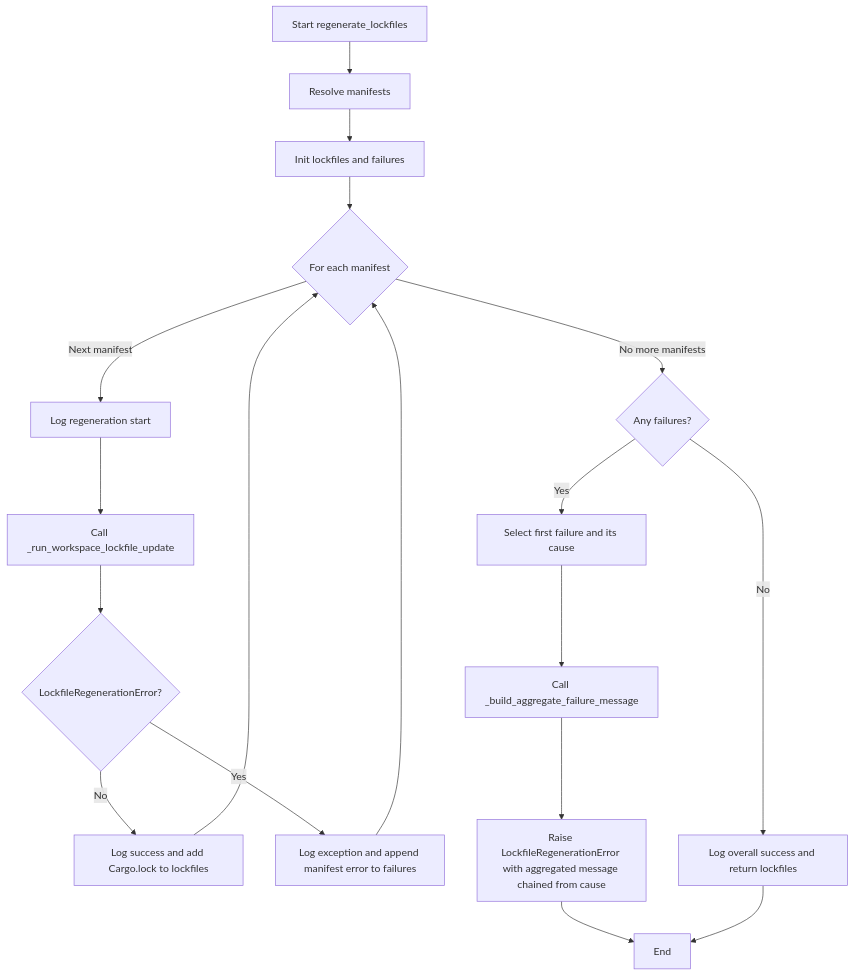
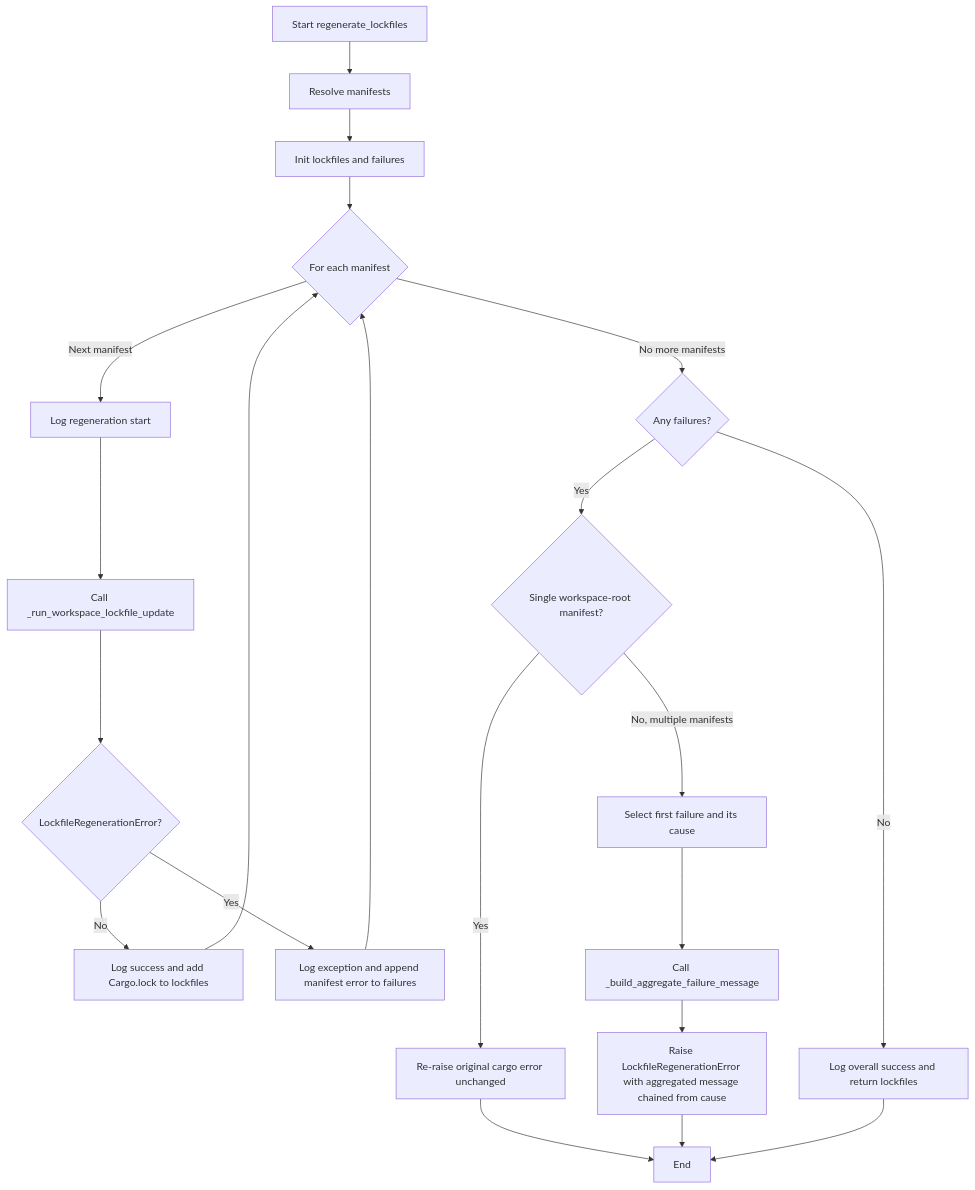
One commit to leynos/lading changed the diagram in docs/developers-guide.md. Above: the diagram before and after it, drawn with Mermaid. The commit also changed other lines of this file and 2 other files, not shown here.

Commit message:
Address review: flowchart branch, docstrings, cause/lone-root tests
- developers-guide.md: extend the regenerate_lockfiles flowchart with the
  single-manifest branch (workspace-root-only failure re-raises the plain
  cargo error) alongside the multi-manifest aggregate branch, matching
  _raise_aggregated_failure; update the screen-reader description to match.
- bump_lockfiles.py: trim _collect_lockfile_results and
  _raise_aggregated_failure docstrings to single-line summaries, matching
  the other private helpers.
- test_bump_lockfiles.py: trim _prepare_manifest_fixture's docstring;
  add test_regenerate_lockfiles_aggregate_chains_first_underlying_cause
  (asserts the aggregated error chains from the first failure's real
  __cause__) and test_regenerate_lockfiles_single_manifest_reraises_unchanged
  (proves a lone-root failure surfaces the plain error, not the aggregate).

The users-guide fenced-block finding was skipped: `text` is the file's
dominant convention (3 blocks vs a single `plaintext` outlier), so the
block already matches; switching to `plaintext` would reduce consistency.

````diff
--- a/docs/developers-guide.md
+++ b/docs/developers-guide.md
@@ -177,20 +180,23 @@
 ```mermaid
 flowchart TD
     A[Start regenerate_lockfiles] --> B[Resolve manifests]
     B --> C[Init lockfiles and failures]
     C --> D{For each manifest}
     D -->|Next manifest| E[Log regeneration start]
     E --> F[Call _run_workspace_lockfile_update]
     F --> G{LockfileRegenerationError?}
     G -->|No| H[Log success and add Cargo.lock to lockfiles]
     H --> D
     G -->|Yes| I[Log exception and append manifest error to failures]
     I --> D
     D -->|No more manifests| J{Any failures?}
     J -->|No| K[Log overall success and return lockfiles]
-    J -->|Yes| L[Select first failure and its cause]
+    J -->|Yes| P{Single workspace-root manifest?}
+    P -->|Yes| Q[Re-raise original cargo error unchanged]
+    P -->|No, multiple manifests| L[Select first failure and its cause]
     L --> M[Call _build_aggregate_failure_message]
     M --> N[Raise LockfileRegenerationError with aggregated message chained from cause]
-    N --> O[End]
+    Q --> O[End]
+    N --> O
     K --> O
 ```
````
